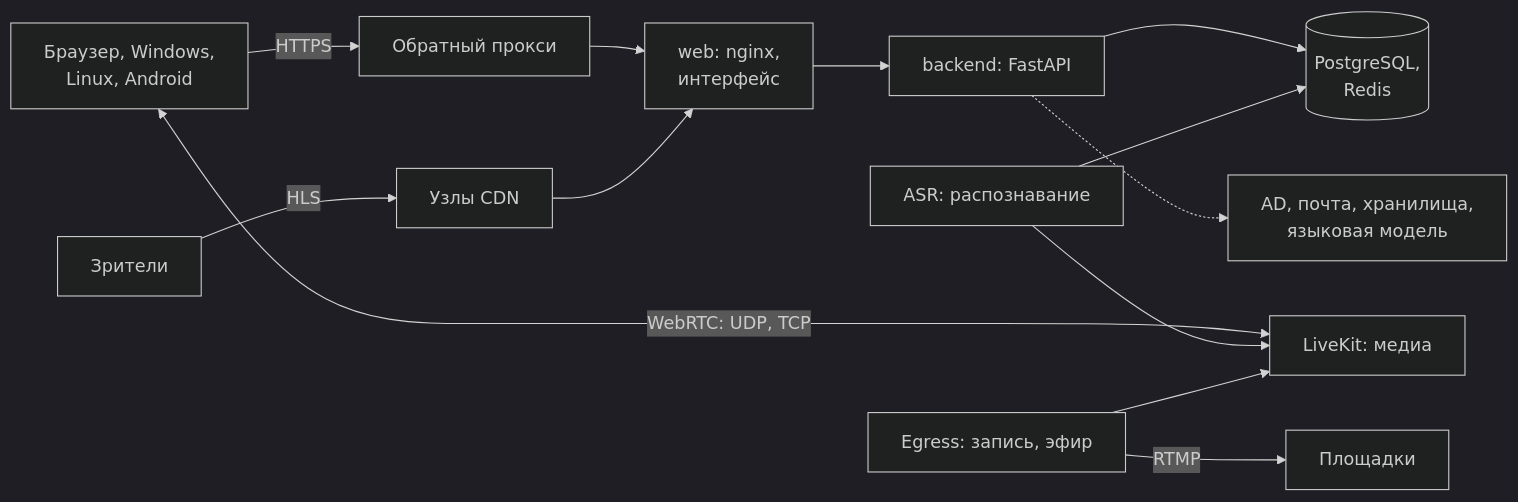
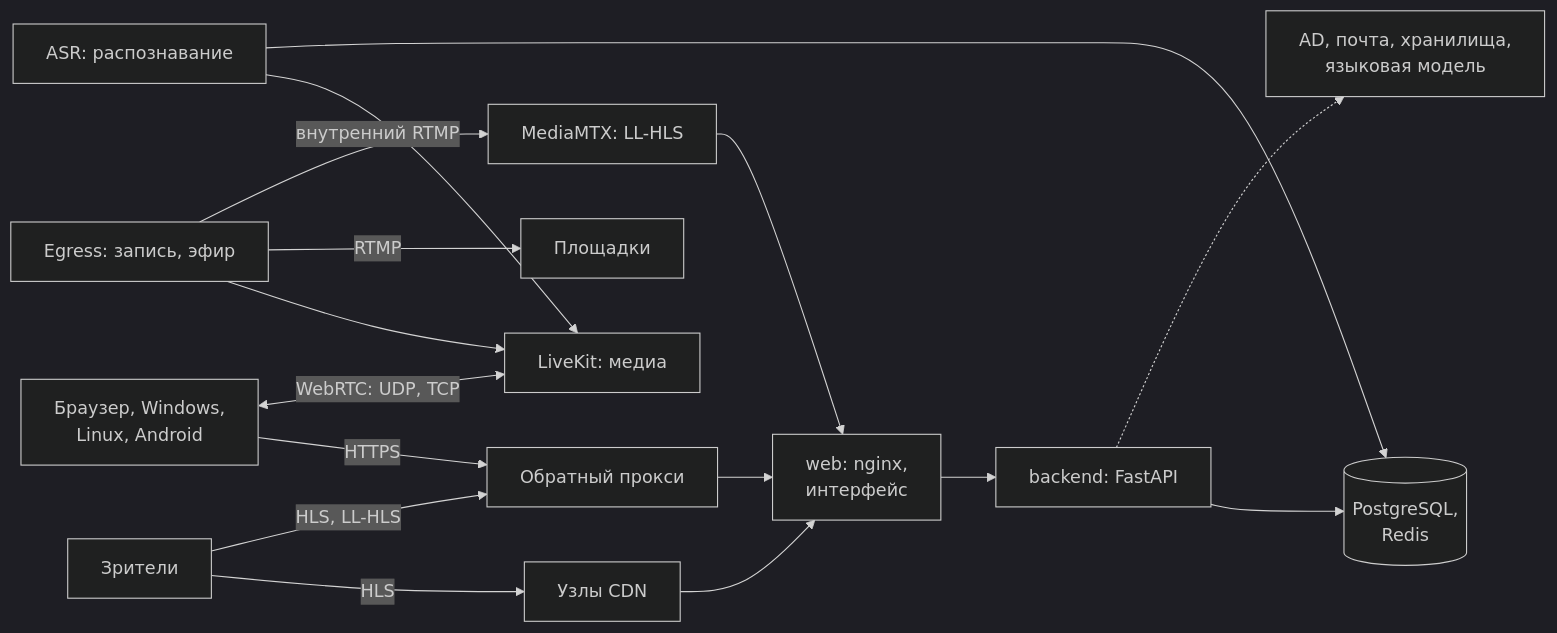
One commit to calleograph/peregovorka changed the diagram in README.md. Above: the diagram before and after it, drawn with Mermaid (dark theme). The commit also changed other lines of this file and 322 other files, not shown here.

````diff
--- a/README.md
+++ b/README.md
@@ -102,15 +174,18 @@
 ```mermaid
 flowchart LR
   C["Браузер, Windows,<br/>Linux, Android"] -->|"HTTPS"| P["Обратный прокси"]
   P --> W["web: nginx,<br/>интерфейс"]
   W --> B["backend: FastAPI"]
   C <-->|"WebRTC: UDP, TCP"| L["LiveKit: медиа"]
   B --> D[("PostgreSQL,<br/>Redis")]
   A["ASR: распознавание"] --> L
   A --> D
   E["Egress: запись, эфир"] --> L
   E -->|"RTMP"| R["Площадки"]
+  E -->|"внутренний RTMP"| M["MediaMTX: LL-HLS"]
+  M --> W
   V["Зрители"] -->|"HLS"| N["Узлы CDN"]
+  V -->|"HLS, LL-HLS"| P
   N --> W
   B -.-> I["AD, почта, хранилища,<br/>языковая модель"]
 ```
````
